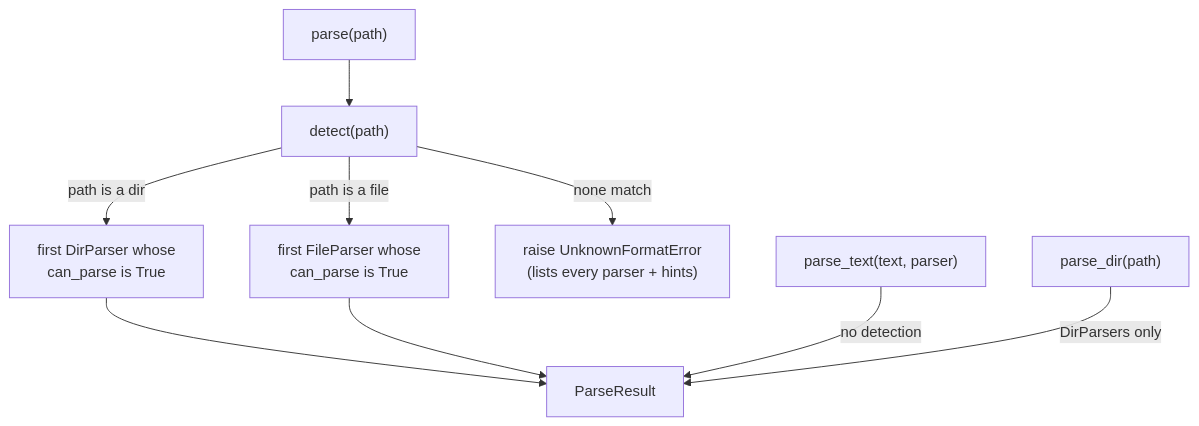
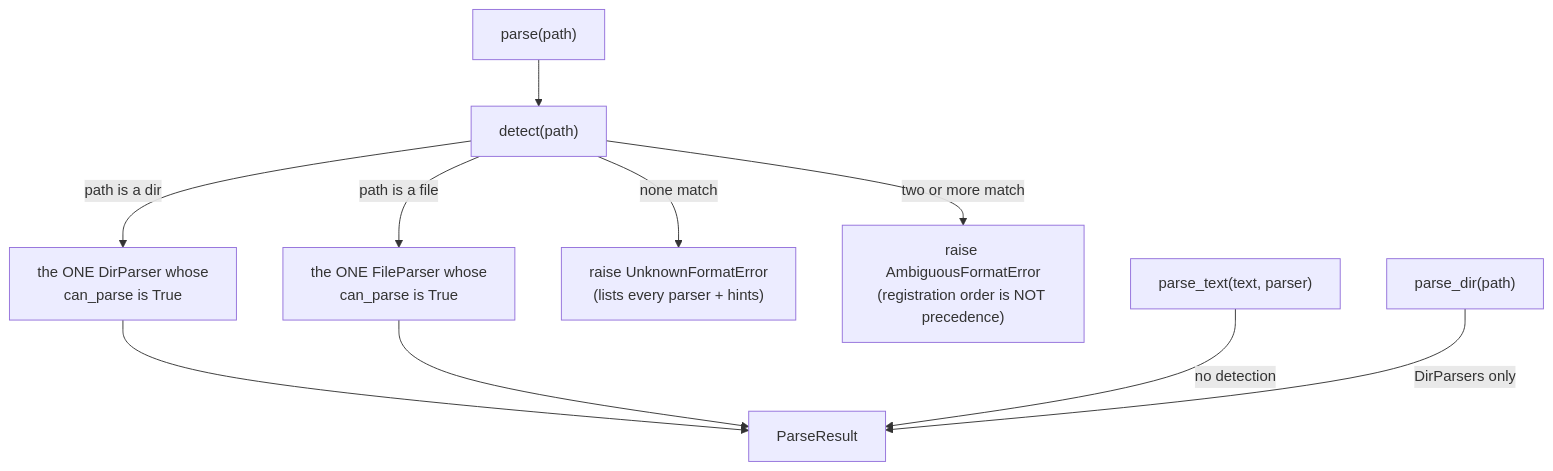
Before and after one commit to Qing-LAB/molbuilder: the second of 2 diagrams in docs/model/parse.md, drawn with Mermaid. The commit also changed other lines of this file and 12 other files, not shown here.

````diff
--- a/docs/model/parse.md
+++ b/docs/model/parse.md
@@ -269,11 +269,12 @@
 ```mermaid
 flowchart TD
     P["parse(path)"] --> D["detect(path)"]
-    D -->|"path is a dir"| DP["first DirParser whose<br/>can_parse is True"]
-    D -->|"path is a file"| FP["first FileParser whose<br/>can_parse is True"]
+    D -->|"path is a dir"| DP["the ONE DirParser whose<br/>can_parse is True"]
+    D -->|"path is a file"| FP["the ONE FileParser whose<br/>can_parse is True"]
     D -->|"none match"| ERR["raise UnknownFormatError<br/>(lists every parser + hints)"]
+    D -->|"two or more match"| AMB["raise AmbiguousFormatError<br/>(registration order is NOT precedence)"]
     DP --> R["ParseResult"]
     FP --> R
     PT["parse_text(text, parser)"] -->|"no detection"| R
     PD["parse_dir(path)"] -->|"DirParsers only"| R
 ```
````
